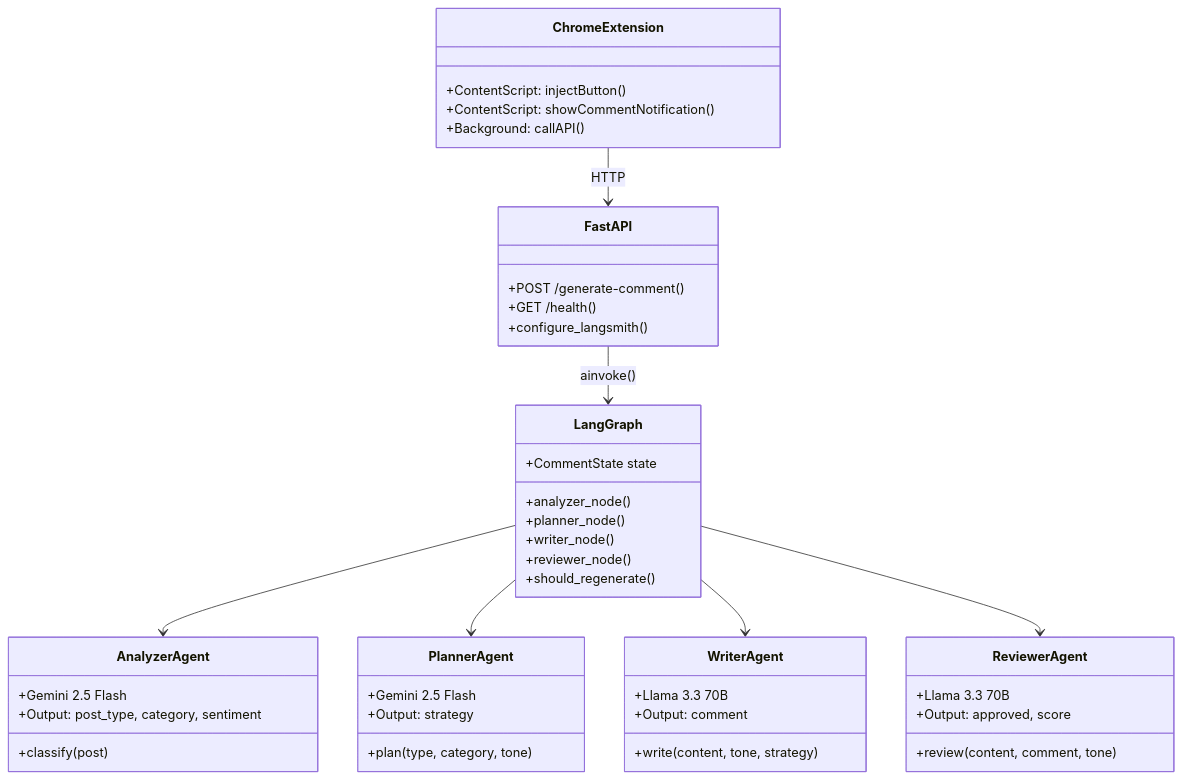
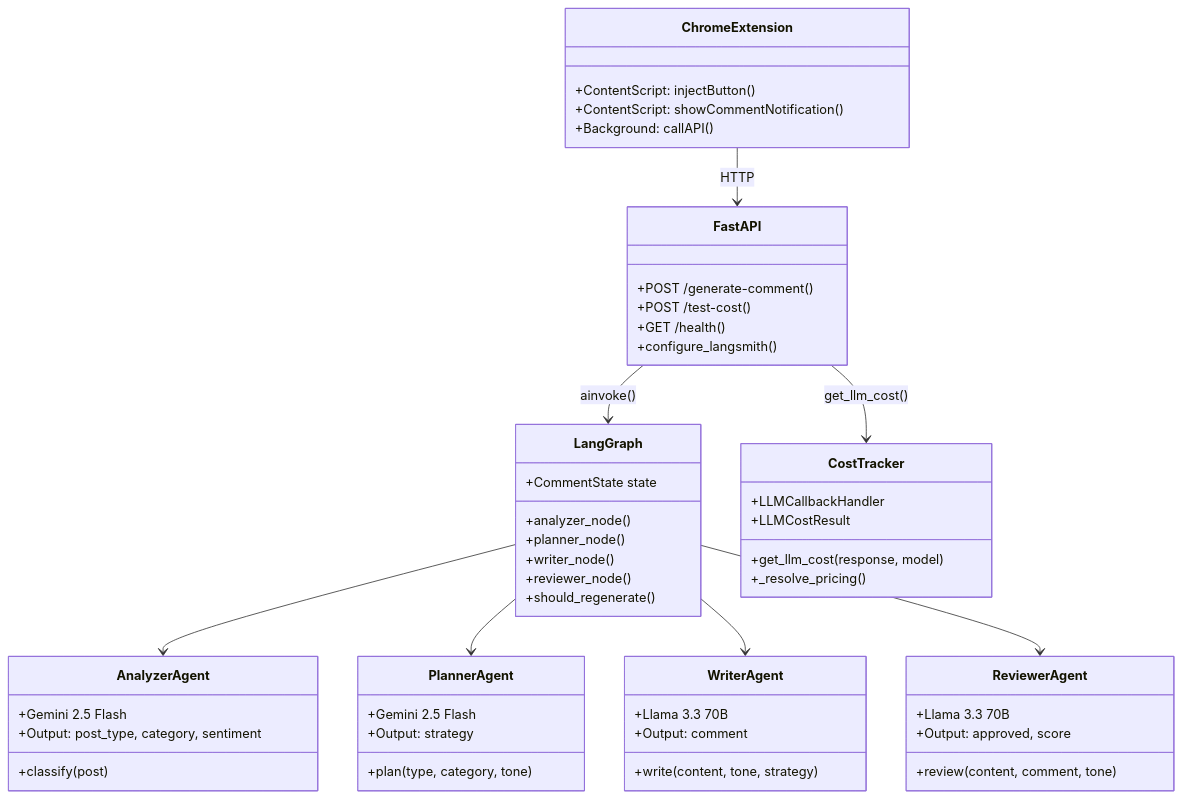
Before and after one commit to himanshu231204/linkedin-ai-comment-copilot: the third of 9 diagrams in doc/ARCHITECTURE.md, drawn with Mermaid. The commit also changed other lines of this file and 8 other files, not shown here.

First line of the commit message:
feat: add LLM cost tracking with /test-cost endpoint and update all documentation

````diff
--- a/doc/ARCHITECTURE.md
+++ b/doc/ARCHITECTURE.md
@@ -110,54 +110,63 @@
 ```mermaid
 classDiagram
     class ChromeExtension {
         +ContentScript: injectButton()
         +ContentScript: showCommentNotification()
         +Background: callAPI()
     }
 
     class FastAPI {
         +POST /generate-comment()
+        +POST /test-cost()
         +GET /health()
         +configure_langsmith()
     }
 
     class LangGraph {
         +CommentState state
         +analyzer_node()
         +planner_node()
         +writer_node()
         +reviewer_node()
         +should_regenerate()
+    }
+
+    class CostTracker {
+        +get_llm_cost(response, model)
+        +LLMCallbackHandler
+        +LLMCostResult
+        +_resolve_pricing()
     }
 
     class AnalyzerAgent {
         +Gemini 2.5 Flash
         +classify(post)
         +Output: post_type, category, sentiment
     }
 
     class PlannerAgent {
         +Gemini 2.5 Flash
         +plan(type, category, tone)
         +Output: strategy
     }
 
     class WriterAgent {
         +Llama 3.3 70B
         +write(content, tone, strategy)
         +Output: comment
     }
 
     class ReviewerAgent {
         +Llama 3.3 70B
         +review(content, comment, tone)
         +Output: approved, score
     }
 
     ChromeExtension --> FastAPI : HTTP
     FastAPI --> LangGraph : ainvoke()
+    FastAPI --> CostTracker : get_llm_cost()
     LangGraph --> AnalyzerAgent
     LangGraph --> PlannerAgent
     LangGraph --> WriterAgent
     LangGraph --> ReviewerAgent
 ```
````
